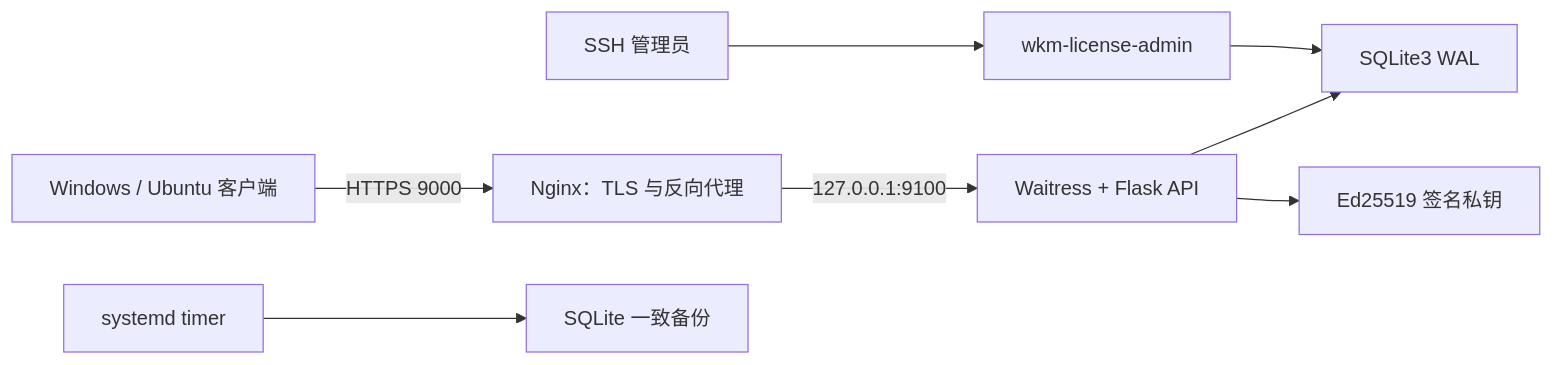
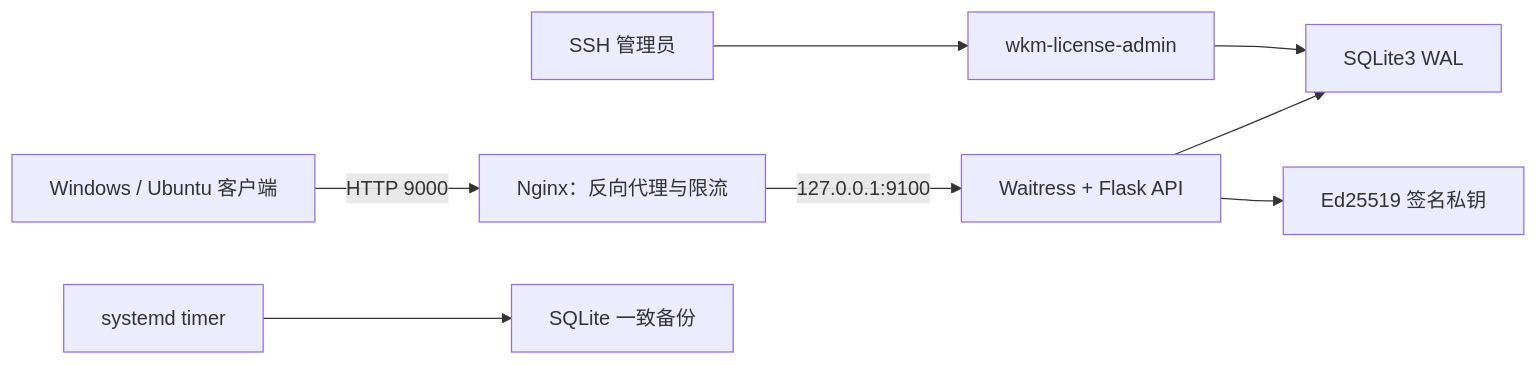
One commit to gladlyknow/WeChatMemory-LicenseServer changed the diagram in docs/SERVER_OPERATIONS_RUNBOOK.md. Above: the diagram before and after it, drawn with Mermaid. The commit also changed other lines of this file and 33 other files, not shown here.

````diff
--- a/docs/SERVER_OPERATIONS_RUNBOOK.md
+++ b/docs/SERVER_OPERATIONS_RUNBOOK.md
@@ -13,10 +13,10 @@
 ```mermaid
 flowchart LR
-    C["Windows / Ubuntu 客户端"] -->|"HTTPS 9000"| N["Nginx：TLS 与反向代理"]
+    C["Windows / Ubuntu 客户端"] -->|"HTTP 9000"| N["Nginx：反向代理与限流"]
     N -->|"127.0.0.1:9100"| A["Waitress + Flask API"]
     A --> D["SQLite3 WAL"]
     A --> K["Ed25519 签名私钥"]
     O["SSH 管理员"] --> W["wkm-license-admin"]
     W --> D
     T["systemd timer"] --> B["SQLite 一致备份"]
 ```
````
